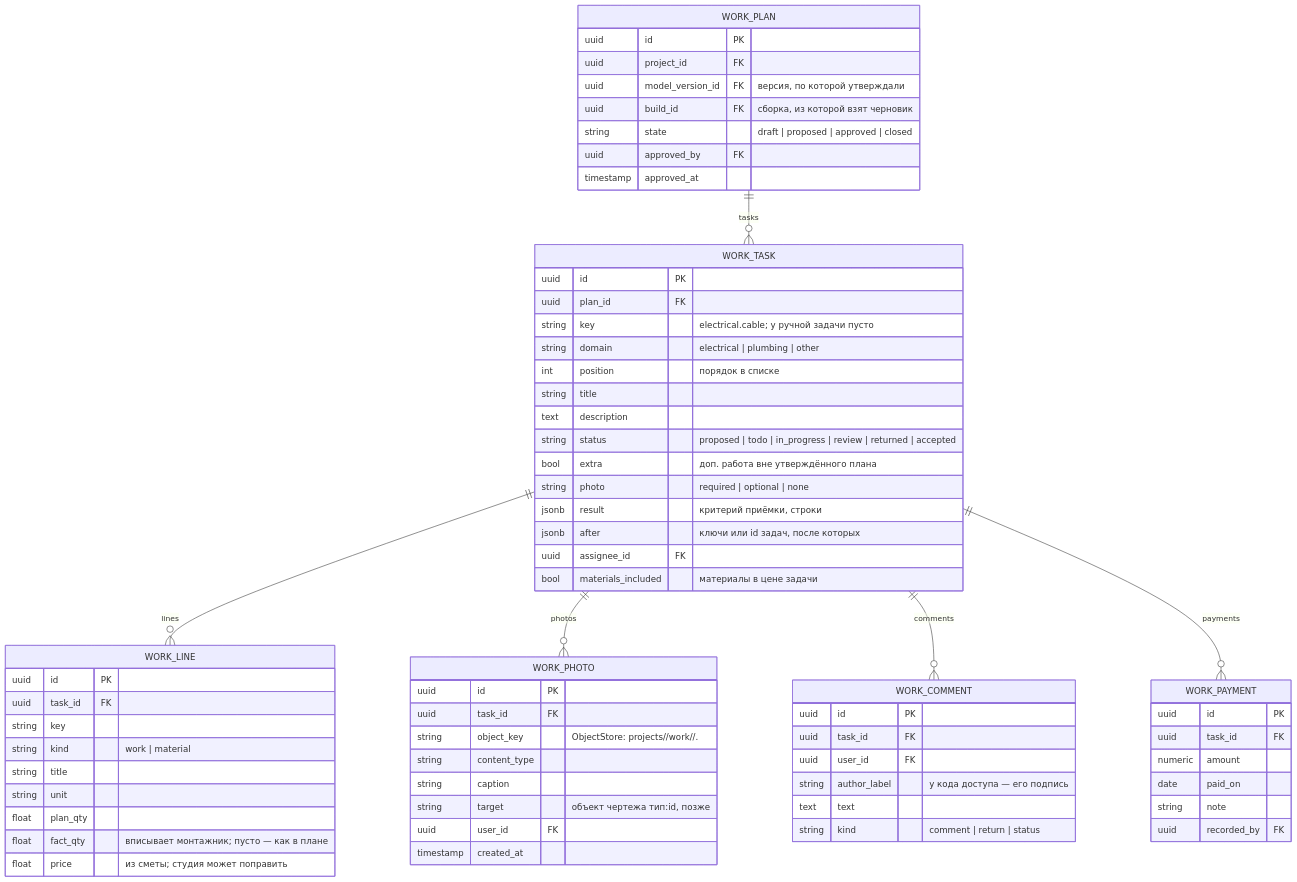
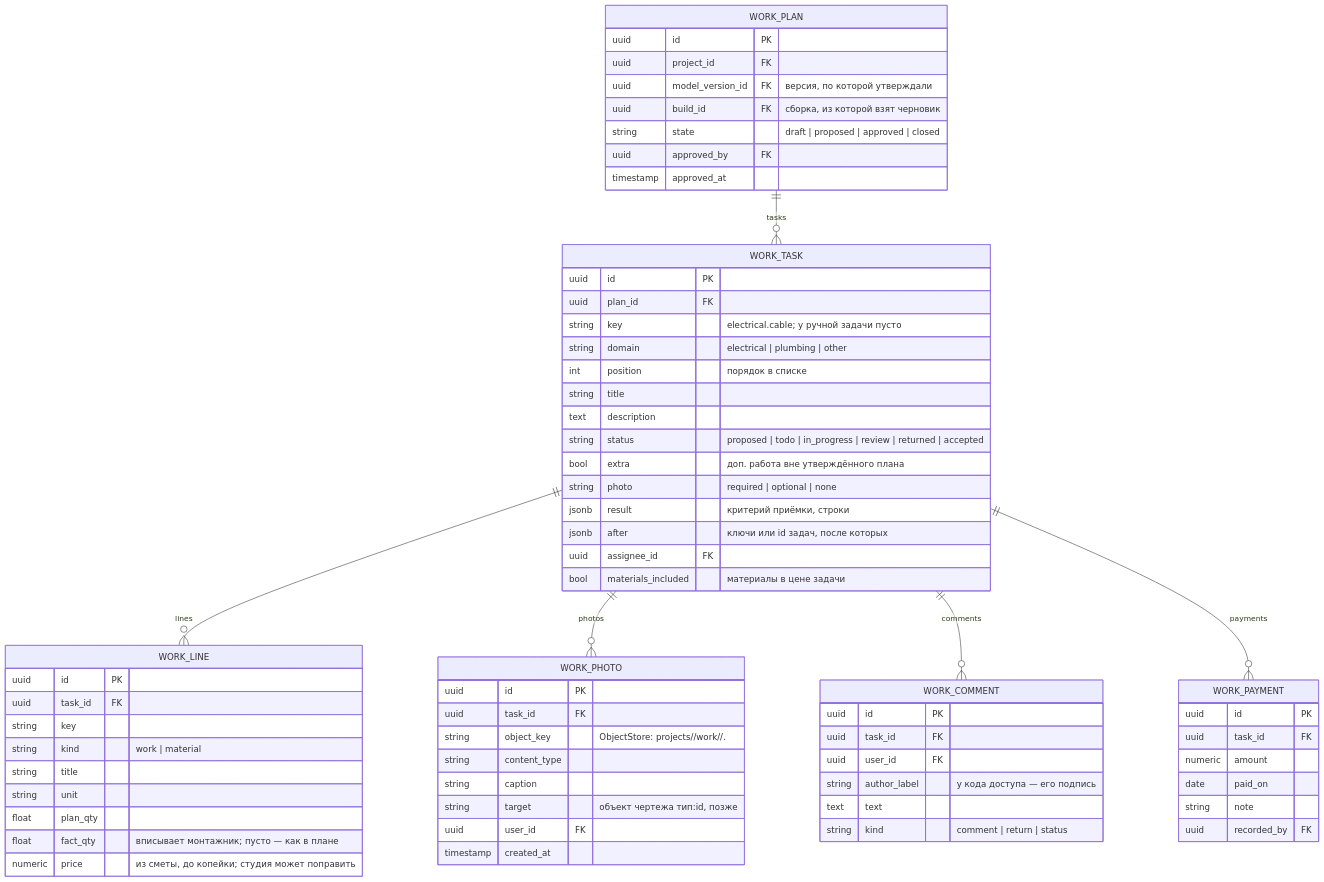
The first of 2 diagrams in docs/work-tasks.md (Coder801/floorplan-engine), drawn with Mermaid before and after one commit. The commit also changed other lines of this file and 9 other files, not shown here.

````diff
--- a/docs/work-tasks.md
+++ b/docs/work-tasks.md
@@ -112,70 +112,70 @@
 ```mermaid
 erDiagram
   WORK_PLAN ||--o{ WORK_TASK : tasks
   WORK_TASK ||--o{ WORK_LINE : lines
   WORK_TASK ||--o{ WORK_PHOTO : photos
   WORK_TASK ||--o{ WORK_COMMENT : comments
   WORK_TASK ||--o{ WORK_PAYMENT : payments
   WORK_PLAN {
     uuid id PK
     uuid project_id FK
     uuid model_version_id FK "версия, по которой утверждали"
     uuid build_id FK "сборка, из которой взят черновик"
     string state "draft | proposed | approved | closed"
     uuid approved_by FK
     timestamp approved_at
   }
   WORK_TASK {
     uuid id PK
     uuid plan_id FK
     string key "electrical.cable; у ручной задачи пусто"
     string domain "electrical | plumbing | other"
     int position "порядок в списке"
     string title
     text description
     string status "proposed | todo | in_progress | review | returned | accepted"
     bool extra "доп. работа вне утверждённого плана"
     string photo "required | optional | none"
     jsonb result "критерий приёмки, строки"
     jsonb after "ключи или id задач, после которых"
     uuid assignee_id FK
     bool materials_included "материалы в цене задачи"
   }
   WORK_LINE {
     uuid id PK
     uuid task_id FK
     string key
     string kind "work | material"
     string title
     string unit
     float plan_qty
     float fact_qty "вписывает монтажник; пусто — как в плане"
-    float price "из сметы; студия может поправить"
+    numeric price "из сметы, до копейки; студия может поправить"
   }
   WORK_PHOTO {
     uuid id PK
     uuid task_id FK
     string object_key "ObjectStore: projects/<id>/work/<task>/<photo>.<ext>"
     string content_type
     string caption
     string target "объект чертежа тип:id, позже"
     uuid user_id FK
     timestamp created_at
   }
   WORK_COMMENT {
     uuid id PK
     uuid task_id FK
     uuid user_id FK
     string author_label "у кода доступа — его подпись"
     text text
     string kind "comment | return | status"
   }
   WORK_PAYMENT {
     uuid id PK
     uuid task_id FK
     numeric amount
     date paid_on
     string note
     uuid recorded_by FK
   }
 ```
````
